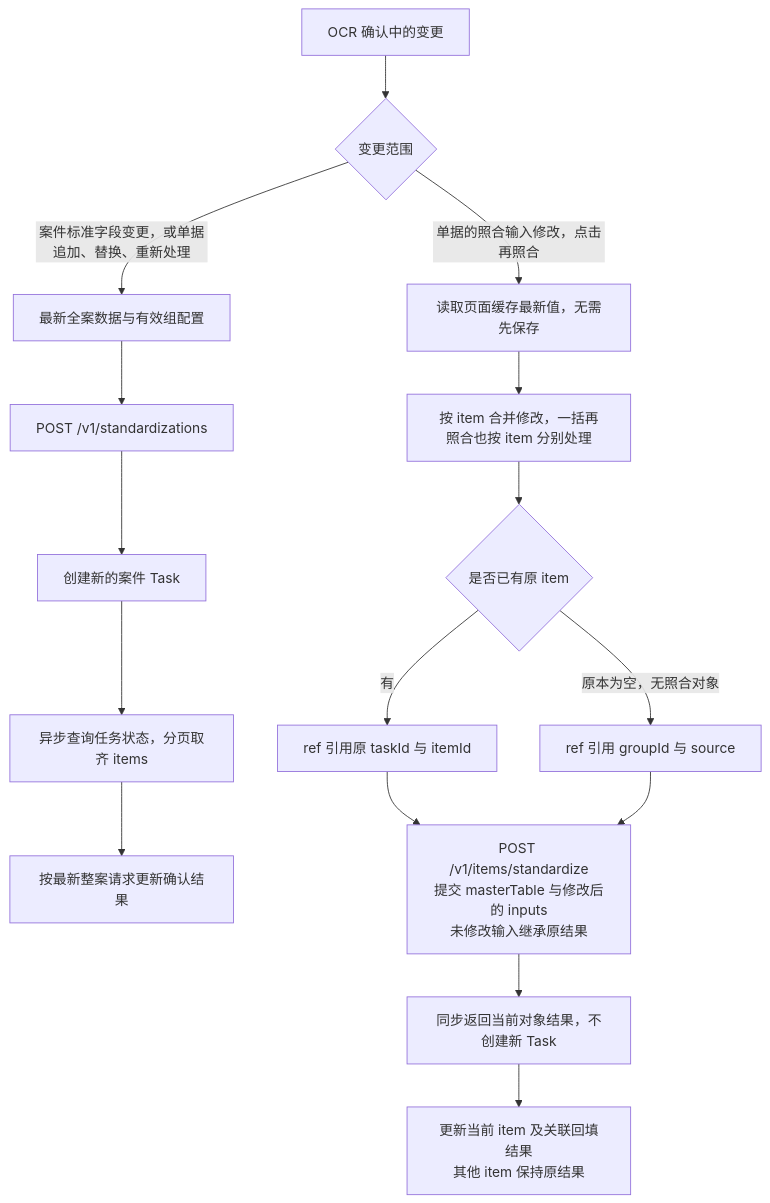
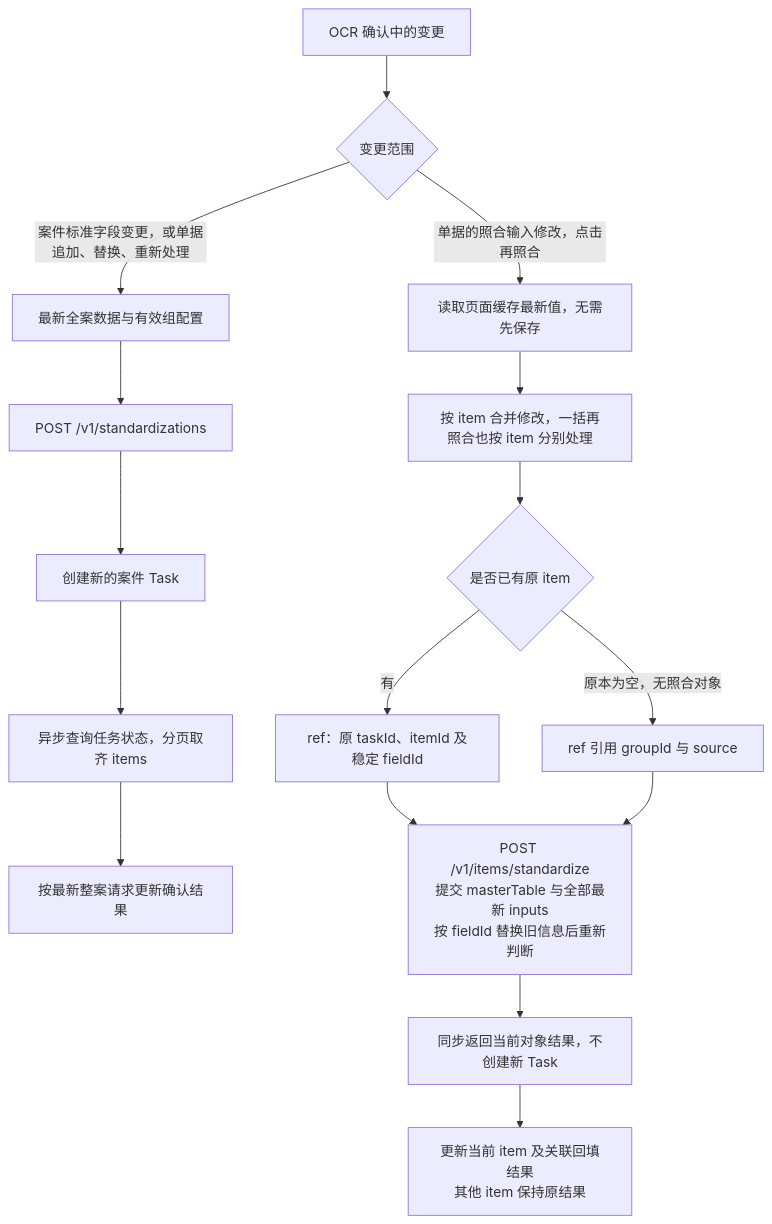
Before and after one commit to aruirage/IDP-Ph4-Master-Demo-PRD: the third of 3 diagrams in PRD.zh-CN.md, drawn with Mermaid. The commit also changed other lines of this file and 7 other files, not shown here.

````diff
--- a/PRD.zh-CN.md
+++ b/PRD.zh-CN.md
@@ -186,21 +192,21 @@
 ```mermaid
 flowchart TD
     A["OCR 确认中的变更"] --> B{"变更范围"}
     B -->|案件标准字段变更，或单据追加、替换、重新处理| C["最新全案数据与有效组配置"]
     C --> D["POST /v1/standardizations"]
     D --> E["创建新的案件 Task"]
     E --> F["异步查询任务状态，分页取齐 items"]
     F --> G["按最新整案请求更新确认结果"]
     B -->|单据的照合输入修改，点击再照合| H["读取页面缓存最新值，无需先保存"]
     H --> I["按 item 合并修改，一括再照合也按 item 分别处理"]
     I --> J{"是否已有原 item"}
-    J -->|有| K["ref 引用原 taskId 与 itemId"]
+    J -->|有| K["ref：原 taskId、itemId 及稳定 fieldId"]
     J -->|原本为空，无照合对象| L["ref 引用 groupId 与 source"]
     K --> M["POST /v1/items/standardize
-提交 masterTable 与修改后的 inputs
-未修改输入继承原结果"]
+提交 masterTable 与全部最新 inputs
+按 fieldId 替换旧信息后重新判断"]
     L --> M
     M --> N["同步返回当前对象结果，不创建新 Task"]
     N --> O["更新当前 item 及关联回填结果
 其他 item 保持原结果"]
 ```
````
